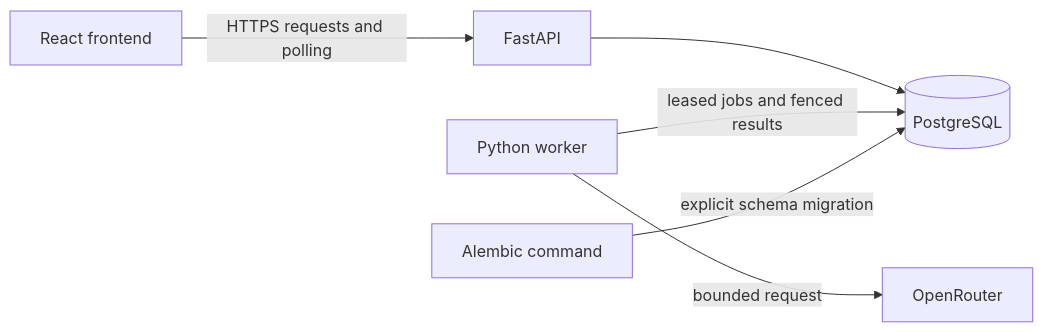
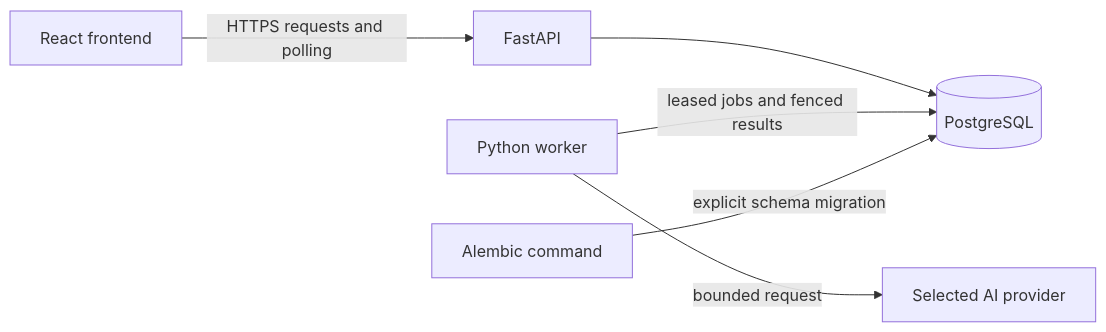
The diagram in docs/architecture.md (turovnd/realtime-data-workbench), drawn with Mermaid before and after one commit. The commit also changed other lines of this file and 41 other files, not shown here.

Commit message:
Add direct DeepSeek analysis with bounded provider transport

````diff
--- a/docs/architecture.md
+++ b/docs/architecture.md
@@ -3,8 +3,8 @@
 ```mermaid
 flowchart LR
   UI[React frontend] -->|HTTPS requests and polling| API[FastAPI]
   API --> DB[(PostgreSQL)]
   Worker[Python worker] -->|leased jobs and fenced results| DB
-  Worker -->|bounded request| Provider[OpenRouter]
+  Worker -->|bounded request| Provider[Selected AI provider]
   Migration[Alembic command] -->|explicit schema migration| DB
 ```
````
